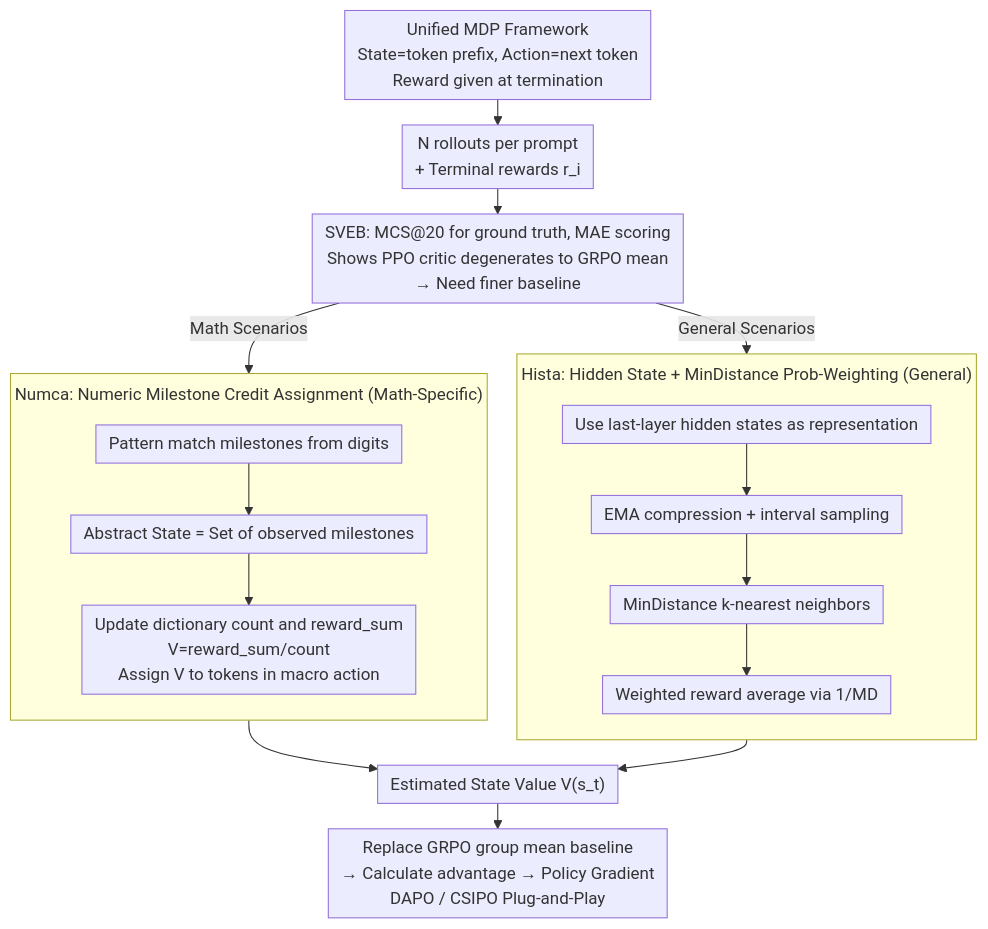
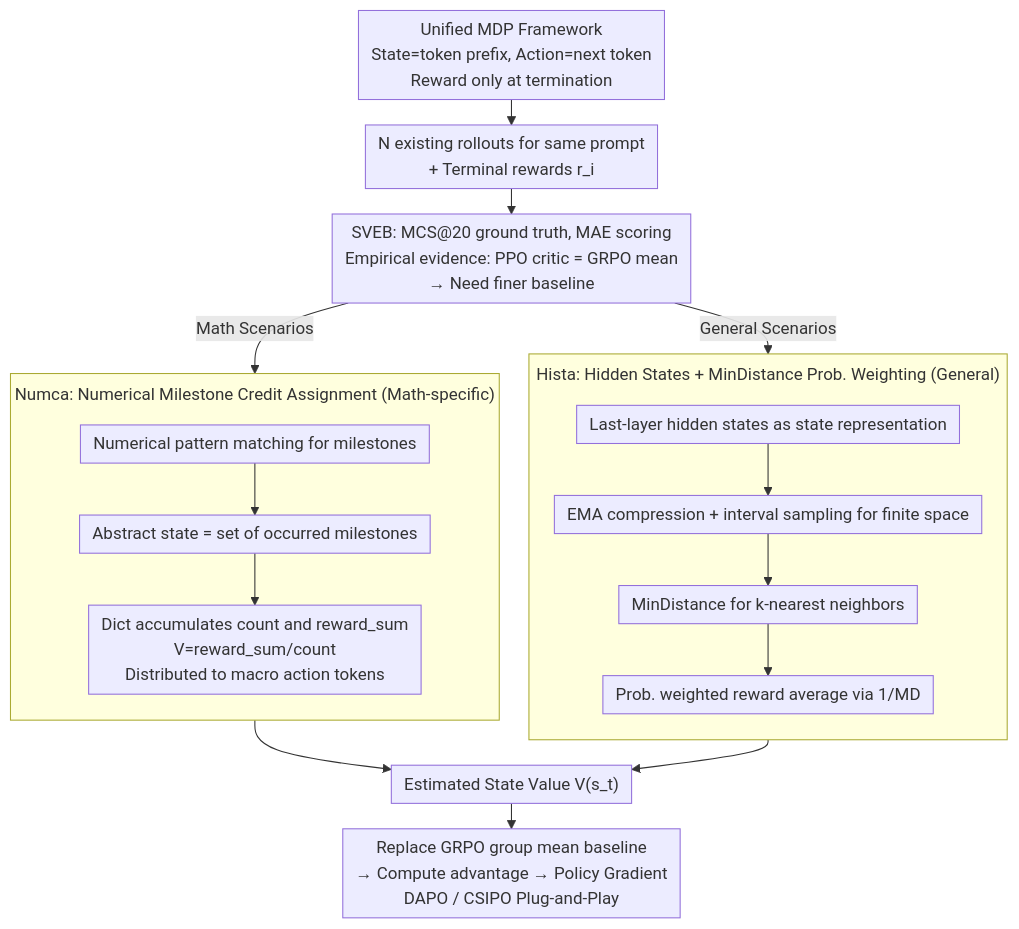
One commit to zhaoyang97/Paper-Notes-en changed the diagram in docs/ICML2026/reinforcement_learning/hista_and_numca_estimate_state_value_effectively_for_llm_reinforcement_learning.md. Above: the diagram before and after it, drawn with Mermaid. The commit also changed other lines of this file and 5084 other files, not shown here.

````diff
--- a/docs/ICML2026/reinforcement_learning/hista_and_numca_estimate_state_value_effectively_for_llm_reinforcement_learning.md
+++ b/docs/ICML2026/reinforcement_learning/hista_and_numca_estimate_state_value_effectively_for_llm_reinforcement_learning.md
@@ -49,22 +49,22 @@
 ```mermaid
 %%{init: {'flowchart': {'rankSpacing': 24, 'nodeSpacing': 28, 'padding': 6, 'wrappingWidth': 400, 'subGraphTitleMargin': {'top': 8, 'bottom': 16}}}}%%
 flowchart TD
-    A["Unified MDP Framework<br/>State=token prefix, Action=next token<br/>Reward given at termination"] --> B["N rollouts per prompt<br/>+ Terminal rewards r_i"]
-    B --> SVEB["SVEB: MCS@20 for ground truth, MAE scoring<br/>Shows PPO critic degenerates to GRPO mean<br/>→ Need finer baseline"]
+    A["Unified MDP Framework<br/>State=token prefix, Action=next token<br/>Reward only at termination"] --> B["N existing rollouts for same prompt<br/>+ Terminal rewards r_i"]
+    B --> SVEB["SVEB: MCS@20 ground truth, MAE scoring<br/>Empirical evidence: PPO critic = GRPO mean<br/>→ Need finer baseline"]
     SVEB -->|Math Scenarios| NUMCA
     SVEB -->|General Scenarios| HISTA
-    subgraph NUMCA["Numca: Numeric Milestone Credit Assignment (Math-Specific)"]
+    subgraph NUMCA["Numca: Numerical Milestone Credit Assignment (Math-specific)"]
         direction TB
-        N1["Pattern match milestones from digits"] --> N2["Abstract State = Set of observed milestones"]
-        N2 --> N3["Update dictionary count and reward_sum<br/>V=reward_sum/count<br/>Assign V to tokens in macro action"]
+        N1["Numerical pattern matching for milestones"] --> N2["Abstract state = set of occurred milestones"]
+        N2 --> N3["Dict accumulates count and reward_sum<br/>V=reward_sum/count<br/>Distributed to macro action tokens"]
     end
-    subgraph HISTA["Hista: Hidden State + MinDistance Prob-Weighting (General)"]
+    subgraph HISTA["Hista: Hidden States + MinDistance Prob. Weighting (General)"]
         direction TB
-        H1["Use last-layer hidden states as representation"] --> H2["EMA compression + interval sampling"]
-        H2 --> H3["MinDistance k-nearest neighbors"]
-        H3 --> H4["Weighted reward average via 1/MD"]
+        H1["Last-layer hidden states as state representation"] --> H2["EMA compression + interval sampling for finite space"]
+        H2 --> H3["MinDistance for k-nearest neighbors"]
+        H3 --> H4["Prob. weighted reward average via 1/MD"]
     end
     NUMCA --> V["Estimated State Value V(s_t)"]
     HISTA --> V
-    V --> ADV["Replace GRPO group mean baseline<br/>→ Calculate advantage → Policy Gradient<br/>DAPO / CSIPO Plug-and-Play"]
+    V --> ADV["Replace GRPO group mean baseline<br/>→ Compute advantage → Policy Gradient<br/>DAPO / CSIPO Plug-and-Play"]
 ```
````
